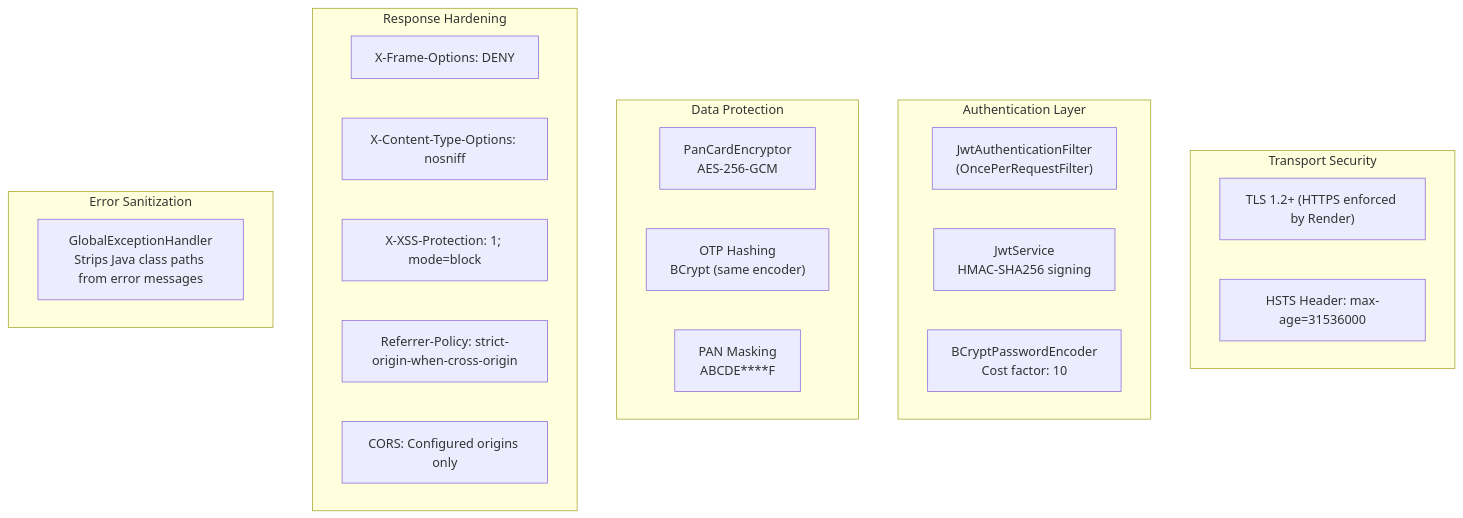
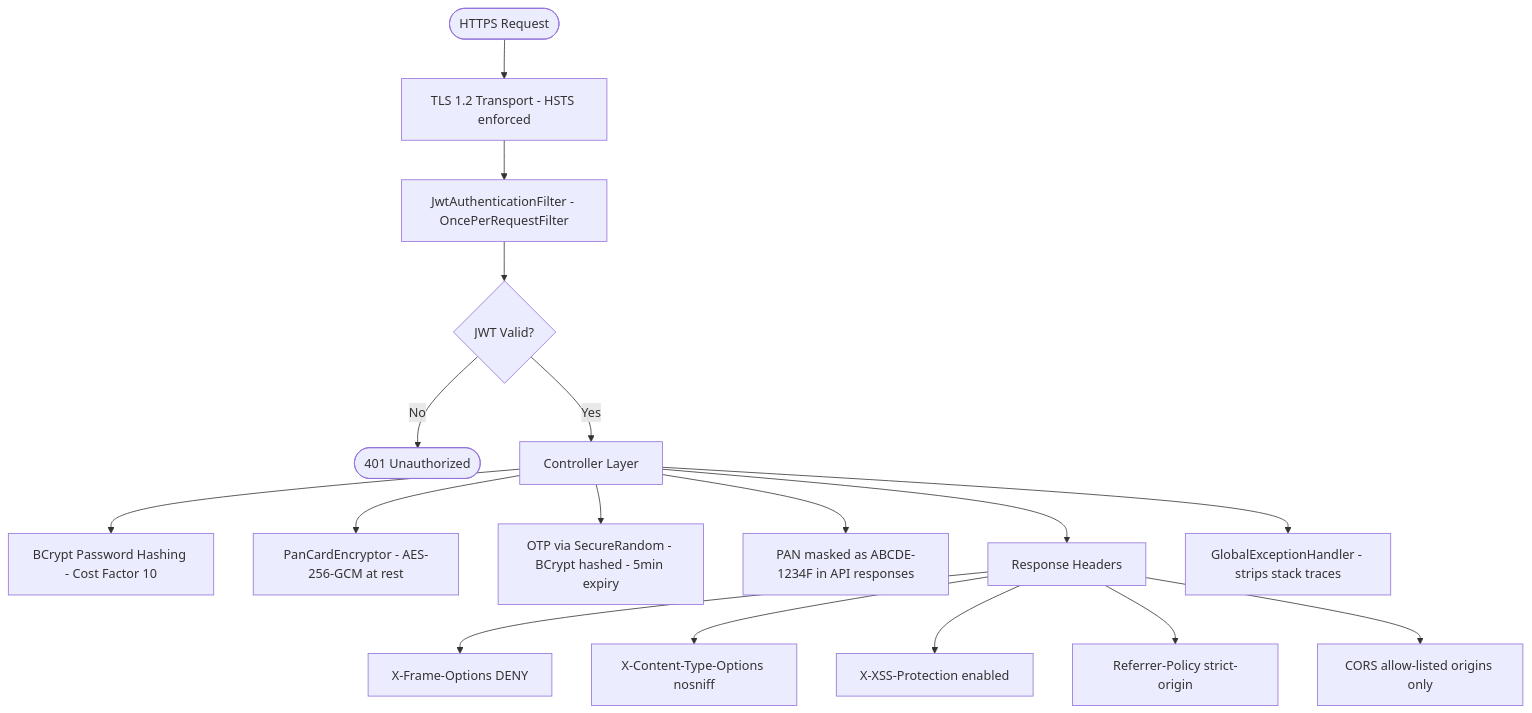
Before and after one commit to BhuvanNagesh/VTU_INTERN_2026_TEAM11_JAVA: the fourth of 11 diagrams in docs/03_System_Design_HLD_LLD.md, drawn with Mermaid. The commit also changed other lines of this file and 4 other files, not shown here.

First line of the commit message:
fix: repair all Mermaid diagrams in docs for proper PDF rendering

````diff
--- a/docs/03_System_Design_HLD_LLD.md
+++ b/docs/03_System_Design_HLD_LLD.md
@@ -158,31 +158,21 @@
 ```mermaid
 flowchart TD
-    subgraph "Transport Security"
-        TLS["TLS 1.2+ (HTTPS enforced by Render)"]
-        HSTS["HSTS Header: max-age=31536000"]
-    end
+    A([HTTPS Request]) --> B[TLS 1.2 Transport - HSTS enforced]
+    B --> C[JwtAuthenticationFilter - OncePerRequestFilter]
+    C --> D{JWT Valid?}
+    D -->|No| E([401 Unauthorized])
+    D -->|Yes| F[Controller Layer]
 
-    subgraph "Authentication Layer"
-        JWT_F["JwtAuthenticationFilter<br/>(OncePerRequestFilter)"]
-        JWT_S["JwtService<br/>HMAC-SHA256 signing"]
-        BCRYPT["BCryptPasswordEncoder<br/>Cost factor: 10"]
-    end
+    F --> G[BCrypt Password Hashing - Cost Factor 10]
+    F --> H[PanCardEncryptor - AES-256-GCM at rest]
+    F --> I[OTP via SecureRandom - BCrypt hashed - 5min expiry]
+    F --> J[PAN masked as ABCDE-1234F in API responses]
+    F --> K[Response Headers]
+    F --> L[GlobalExceptionHandler - strips stack traces]
 
-    subgraph "Data Protection"
-        AES["PanCardEncryptor<br/>AES-256-GCM"]
-        OTP_H["OTP Hashing<br/>BCrypt (same encoder)"]
-        MASK["PAN Masking<br/>ABCDE****F"]
-    end
-
-    subgraph "Response Hardening"
-        XFO["X-Frame-Options: DENY"]
-        XCTO["X-Content-Type-Options: nosniff"]
-        XSS["X-XSS-Protection: 1; mode=block"]
-        RP["Referrer-Policy: strict-origin-when-cross-origin"]
-        CORS_H["CORS: Configured origins only"]
-    end
-
-    subgraph "Error Sanitization"
-        GEH["GlobalExceptionHandler<br/>Strips Java class paths from error messages"]
-    end
+    K --> K1[X-Frame-Options DENY]
+    K --> K2[X-Content-Type-Options nosniff]
+    K --> K3[X-XSS-Protection enabled]
+    K --> K4[Referrer-Policy strict-origin]
+    K --> K5[CORS allow-listed origins only]
 ```
````
